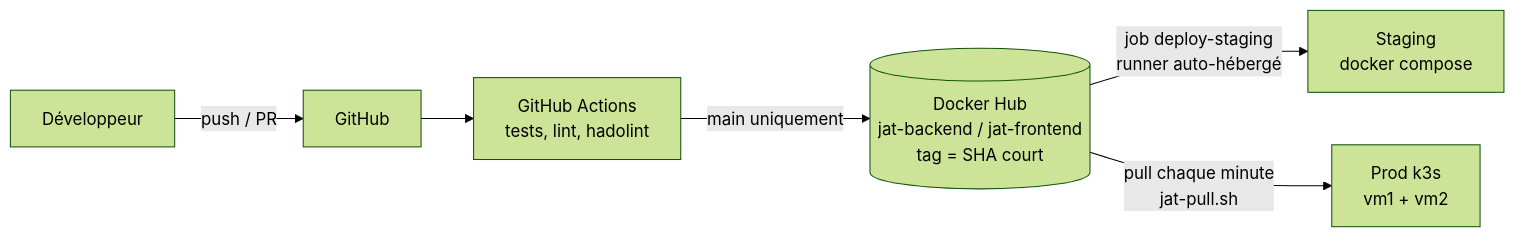
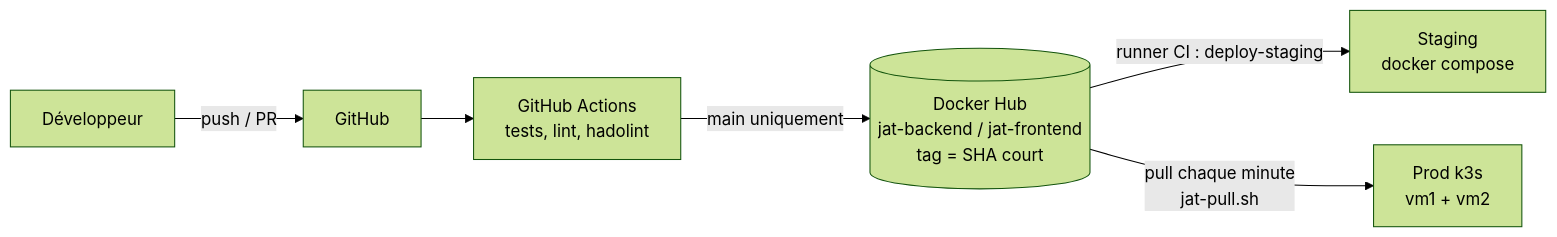
The diagram in README.md (AnecV8/Projet-devops-avancee), drawn with Mermaid (forest theme) before and after one commit. The commit also changed other lines of this file, not shown here.

Commit message:
docs(readme): runner du staging, protection de main et artefacts

````diff
--- a/README.md
+++ b/README.md
@@ -13,8 +13,8 @@
 ```mermaid
 flowchart LR
   dev[Développeur] -->|push / PR| gh[GitHub]
   gh --> ci[GitHub Actions<br/>tests, lint, hadolint]
   ci -->|main uniquement| hub[(Docker Hub<br/>jat-backend / jat-frontend<br/>tag = SHA court)]
-  hub -->|job deploy-staging<br/>runner auto-hébergé| stg[Staging<br/>docker compose]
+  hub -->|runner CI : deploy-staging| stg[Staging<br/>docker compose]
   hub -->|pull chaque minute<br/>jat-pull.sh| prod[Prod k3s<br/>vm1 + vm2]
 ```
````
